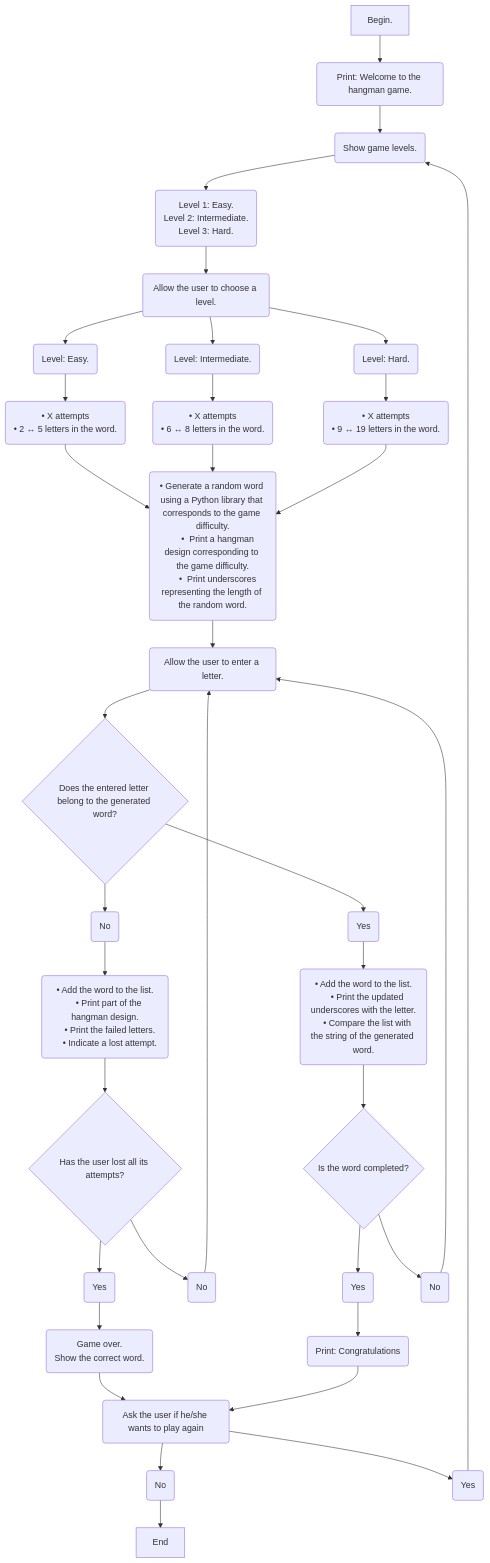
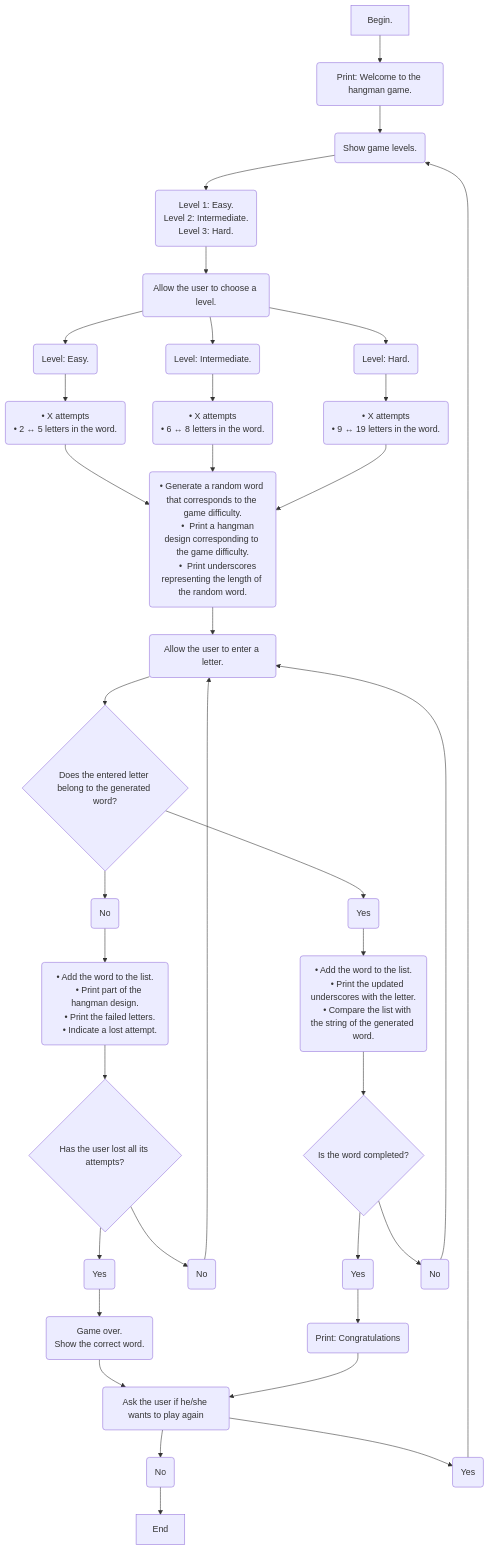
Before and after one commit to JanaRubiano/Hangman_Game: the diagram in README.md, drawn with Mermaid. The commit also changed other lines of this file, not shown here.

````diff
--- a/README.md
+++ b/README.md
@@ -33,43 +33,43 @@
 ```mermaid
 flowchart TD
     A[Begin.] -->B(Print: Welcome to the hangman game.) -->C(Show game levels.)
     --> D("Level 1: Easy.
     Level 2: Intermediate.
     Level 3: Hard.")
     --> E(Allow the user to choose a level.)
     E --> F(Level: Easy.) --> I(" • X attempts
     • 2 ↔ 5 letters in the word.
     ") -->L
     E --> G(Level: Intermediate.) --> J(" •  X attempts
     • 6 ↔ 8 letters in the word.
     ") -->L
     E --> H(Level: Hard.) --> K(" •  X attempts
-   •  9 ↔ 19 letters in the word.
+    •  9 ↔ 19 letters in the word.
     ") 
-    --> L(" • Generate a random word using a Python library that corresponds to the game difficulty.
+    --> L(" • Generate a random word that corresponds to the game difficulty.
      •  Print a hangman design corresponding to the game difficulty.
      •  Print underscores representing the length of the random word.
     ") 
     --> W(Allow the user to enter a letter.)
     --> R{Does the entered letter belong to the generated word?}
     R -->n(No) --> q("• Add the word to the list.
     • Print part of the hangman design.
     • Print the failed letters.
     • Indicate a lost attempt.
     ") -->u{Has the user lost all its attempts?}
     u -->o(Yes) -->S("Game over. 
     Show the correct word. 
     ") --> P
     u--> t(No) --> W
     
     R -->Y(Yes) --> T(" • Add the word to the list.
     • Print the updated underscores with the letter.
     • Compare the list with the string of the generated word.
     ") -->U{Is the word completed?} 
     U -->O(Yes) --> k(Print: Congratulations)
     --> P(Ask the user if he/she wants to play again)
     P --> b(No) --> w[End]
     P--> a(Yes) -->C
     U --> i(No) -->W
    
 ```
````
